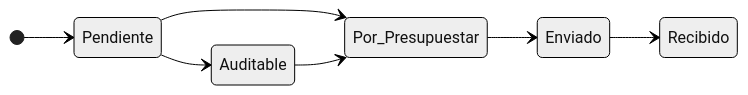
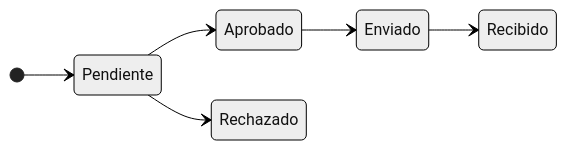
The second of 2 diagrams in README.md (Wieworki/pharmacyAdministration), drawn with Mermaid (neutral theme) before and after one commit. The commit also changed other lines of this file, not shown here.

````diff
--- a/README.md
+++ b/README.md
@@ -72,10 +82,9 @@
 ```mermaid
 stateDiagram
     direction LR
     [*] --> Pendiente
-    Pendiente --> Auditable
-    Pendiente --> Por_Presupuestar
-    Auditable --> Por_Presupuestar
-    Por_Presupuestar --> Enviado
+    Pendiente --> Aprobado
+    Pendiente --> Rechazado
+    Aprobado --> Enviado
     Enviado --> Recibido
 ```
````
